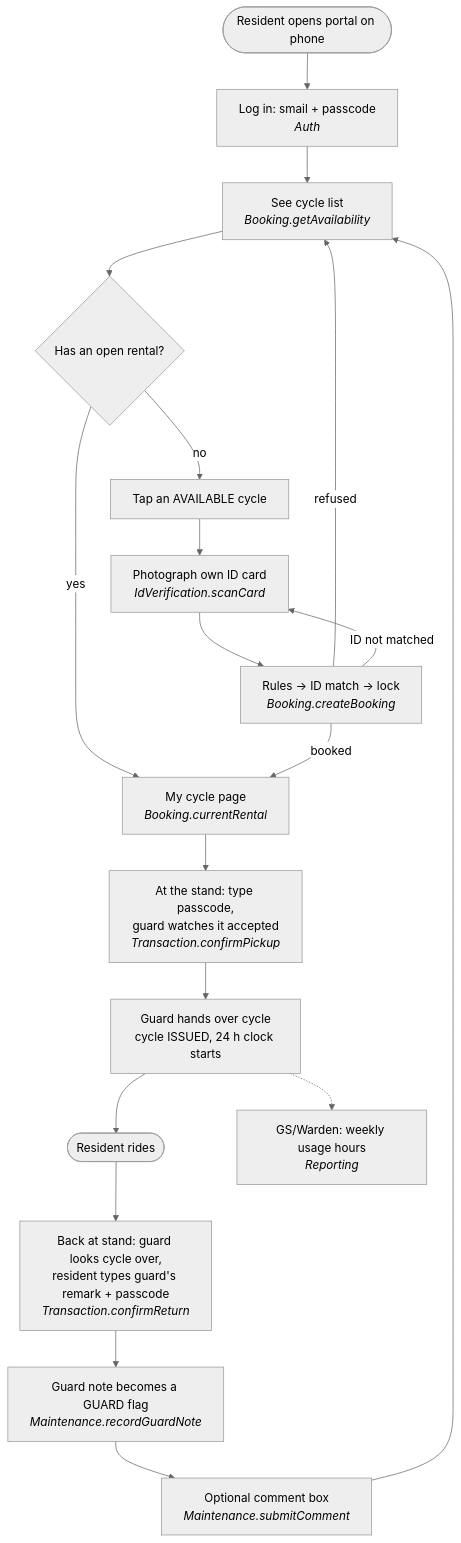
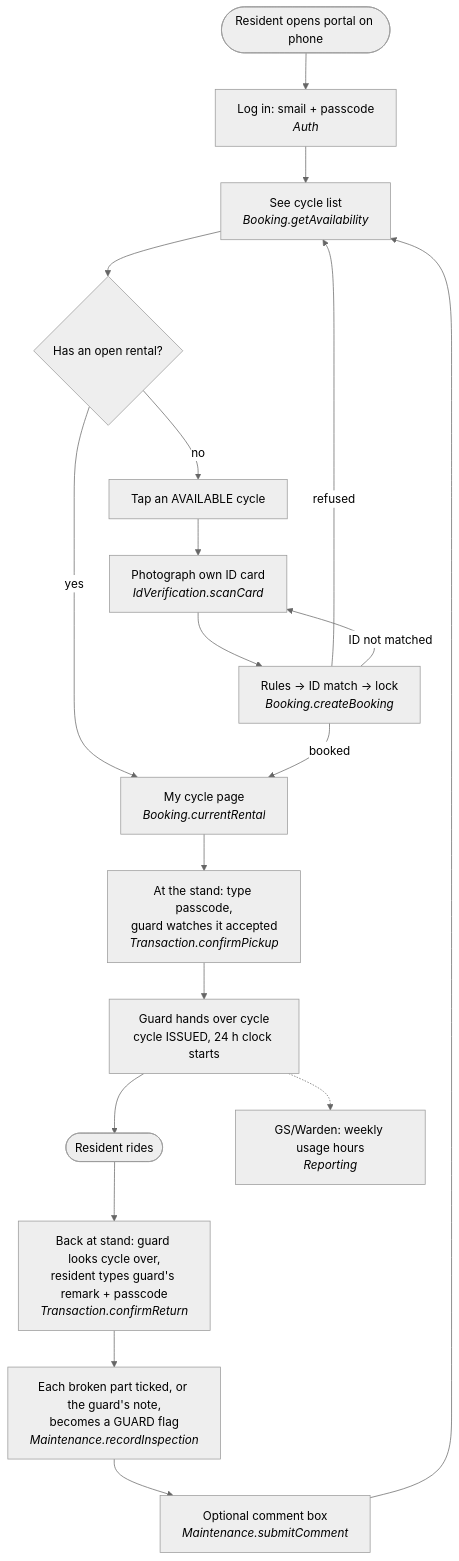
One commit to Xerxes05k/CS5013-Project changed the third of 14 diagrams in docs/FLOWS.md. Above: the diagram before and after it, drawn with Mermaid (neutral theme). The commit also changed other lines of this file and 2 other files, not shown here.

````diff
--- a/docs/FLOWS.md
+++ b/docs/FLOWS.md
@@ -147,21 +147,21 @@
 ```mermaid
 flowchart TD
     A([Resident opens portal on phone]) --> B["Log in: smail + passcode<br/><i>Auth</i>"]
     B --> C["See cycle list<br/><i>Booking.getAvailability</i>"]
     C --> D{Has an open rental?}
     D -- yes --> R["My cycle page<br/><i>Booking.currentRental</i>"]
     D -- no --> E[Tap an AVAILABLE cycle]
     E --> F["Photograph own ID card<br/><i>IdVerification.scanCard</i>"]
     F --> G["Rules → ID match → lock<br/><i>Booking.createBooking</i>"]
     G -- refused --> C
     G -- ID not matched --> F
     G -- booked --> R
     R --> H["At the stand: type passcode,<br/>guard watches it accepted<br/><i>Transaction.confirmPickup</i>"]
     H --> I[Guard hands over cycle<br/>cycle ISSUED, 24 h clock starts]
     I --> J([Resident rides])
     J --> K["Back at stand: guard looks cycle over,<br/>resident types guard's remark + passcode<br/><i>Transaction.confirmReturn</i>"]
-    K --> L["Guard note becomes a GUARD flag<br/><i>Maintenance.recordGuardNote</i>"]
+    K --> L["Each broken part ticked, or the guard's note,<br/>becomes a GUARD flag<br/><i>Maintenance.recordInspection</i>"]
     L --> M["Optional comment box<br/><i>Maintenance.submitComment</i>"]
     M --> C
     I -.-> N["GS/Warden: weekly usage hours<br/><i>Reporting</i>"]
 ```
````
